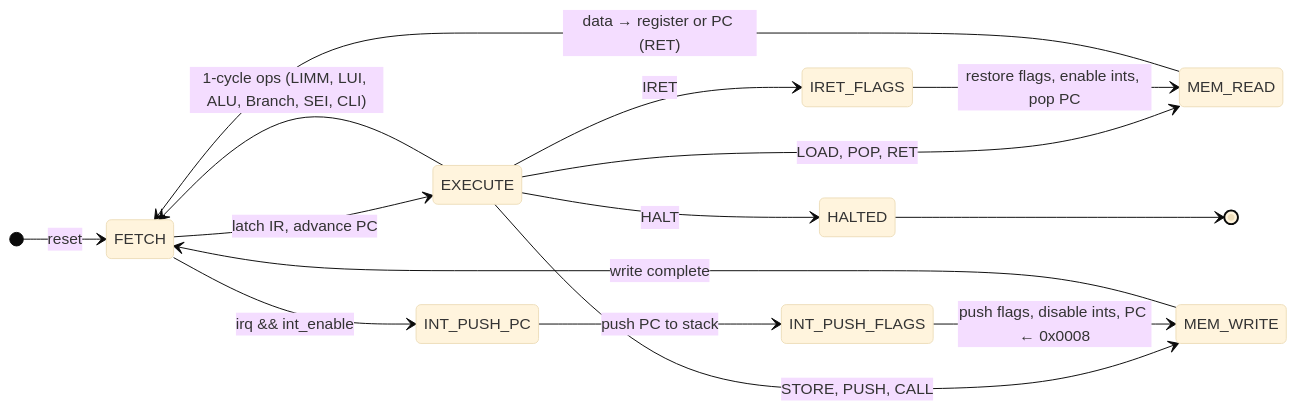
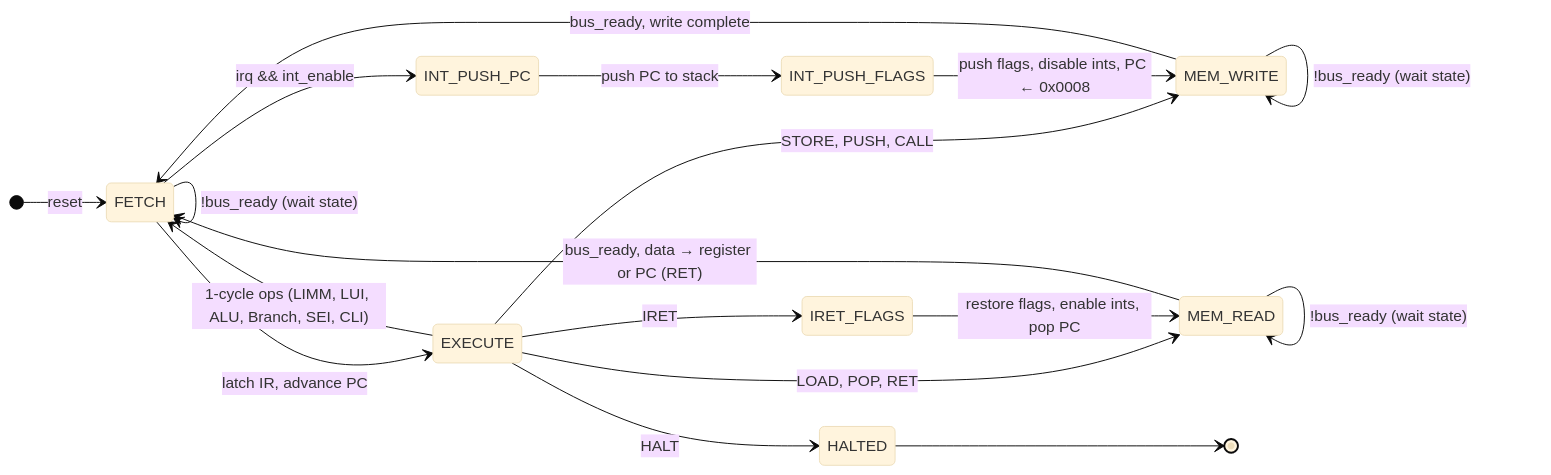
The second of 3 diagrams in README.md (ellisgl/U1624), drawn with Mermaid (base theme) before and after one commit. The commit also changed other lines of this file and 3 other files, not shown here.

First line of the commit message:
Add bus_ready input for wait state support

````diff
--- a/README.md
+++ b/README.md
@@ -345,25 +360,28 @@
 ```mermaid
 stateDiagram-v2
     direction LR
 
     [*] --> FETCH : reset
 
     FETCH --> EXECUTE : latch IR, advance PC
     FETCH --> INT_PUSH_PC : irq && int_enable
 
     EXECUTE --> FETCH : 1-cycle ops (LIMM, LUI, ALU, Branch, SEI, CLI)
     EXECUTE --> MEM_READ : LOAD, POP, RET
     EXECUTE --> MEM_WRITE : STORE, PUSH, CALL
     EXECUTE --> IRET_FLAGS : IRET
     EXECUTE --> HALTED : HALT
 
-    MEM_READ --> FETCH : data → register or PC (RET)
-    MEM_WRITE --> FETCH : write complete
+    FETCH --> FETCH : !bus_ready (wait state)
+    MEM_READ --> MEM_READ : !bus_ready (wait state)
+    MEM_READ --> FETCH : bus_ready, data → register or PC (RET)
+    MEM_WRITE --> MEM_WRITE : !bus_ready (wait state)
+    MEM_WRITE --> FETCH : bus_ready, write complete
 
     INT_PUSH_PC --> INT_PUSH_FLAGS : push PC to stack
     INT_PUSH_FLAGS --> MEM_WRITE : push flags, disable ints, PC ← 0x0008
 
     IRET_FLAGS --> MEM_READ : restore flags, enable ints, pop PC
 
     HALTED --> [*]
 ```
````
